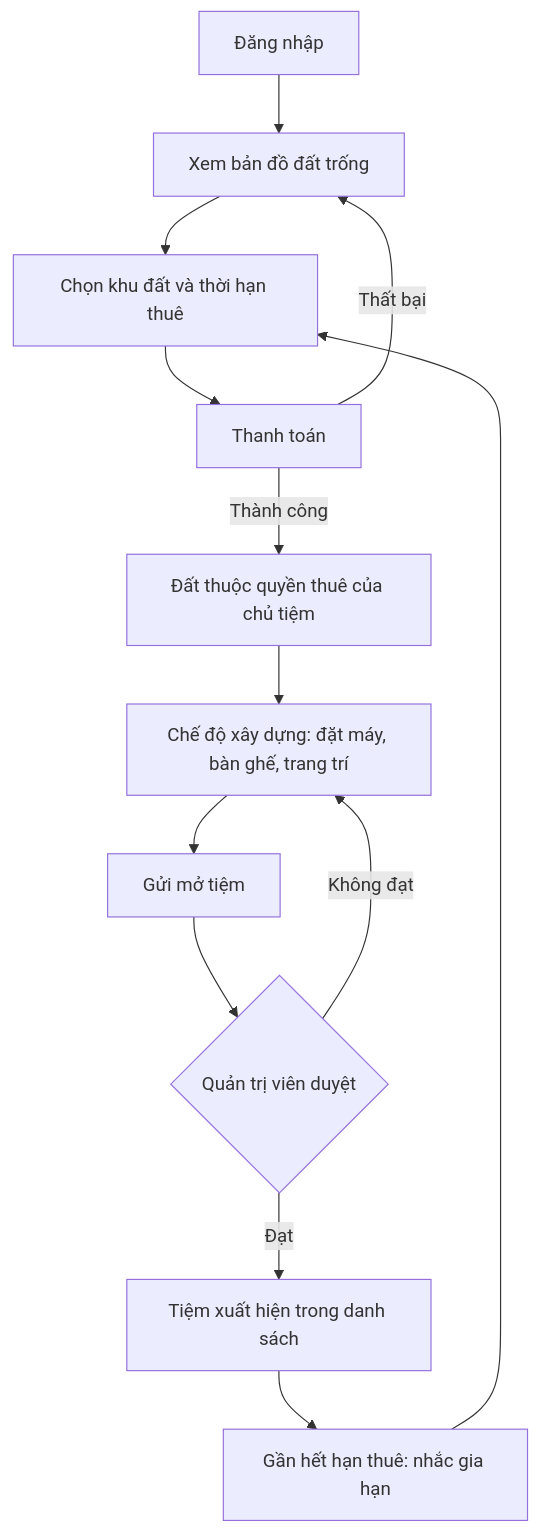
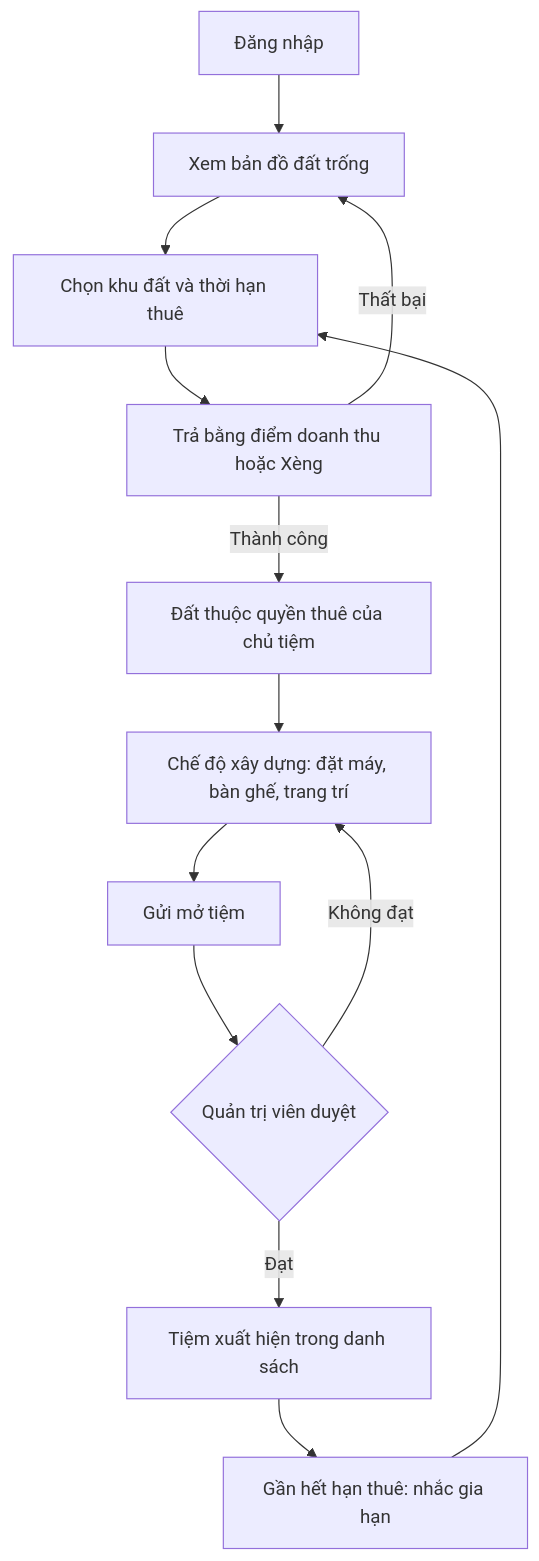
The first of 5 diagrams in docs/wiki/product/business-flows.md (netverse3d/netverse3d), drawn with Mermaid before and after one commit. The commit also changed other lines of this file and 17 other files, not shown here.

Commit message:
docs: record the tentative economy, station screens and new roadmap

````diff
--- a/docs/wiki/product/business-flows.md
+++ b/docs/wiki/product/business-flows.md
@@ -9,15 +9,15 @@
 ```mermaid
 flowchart TD
   A[Đăng nhập] --> B[Xem bản đồ đất trống]
   B --> C[Chọn khu đất và thời hạn thuê]
-  C --> D[Thanh toán]
+  C --> D[Trả bằng điểm doanh thu hoặc Xèng]
   D -->|Thành công| E[Đất thuộc quyền thuê của chủ tiệm]
   D -->|Thất bại| B
   E --> F[Chế độ xây dựng: đặt máy, bàn ghế, trang trí]
   F --> G[Gửi mở tiệm]
   G --> H{Quản trị viên duyệt}
   H -->|Đạt| I[Tiệm xuất hiện trong danh sách]
   H -->|Không đạt| F
   I --> J[Gần hết hạn thuê: nhắc gia hạn]
   J --> C
 ```
````
